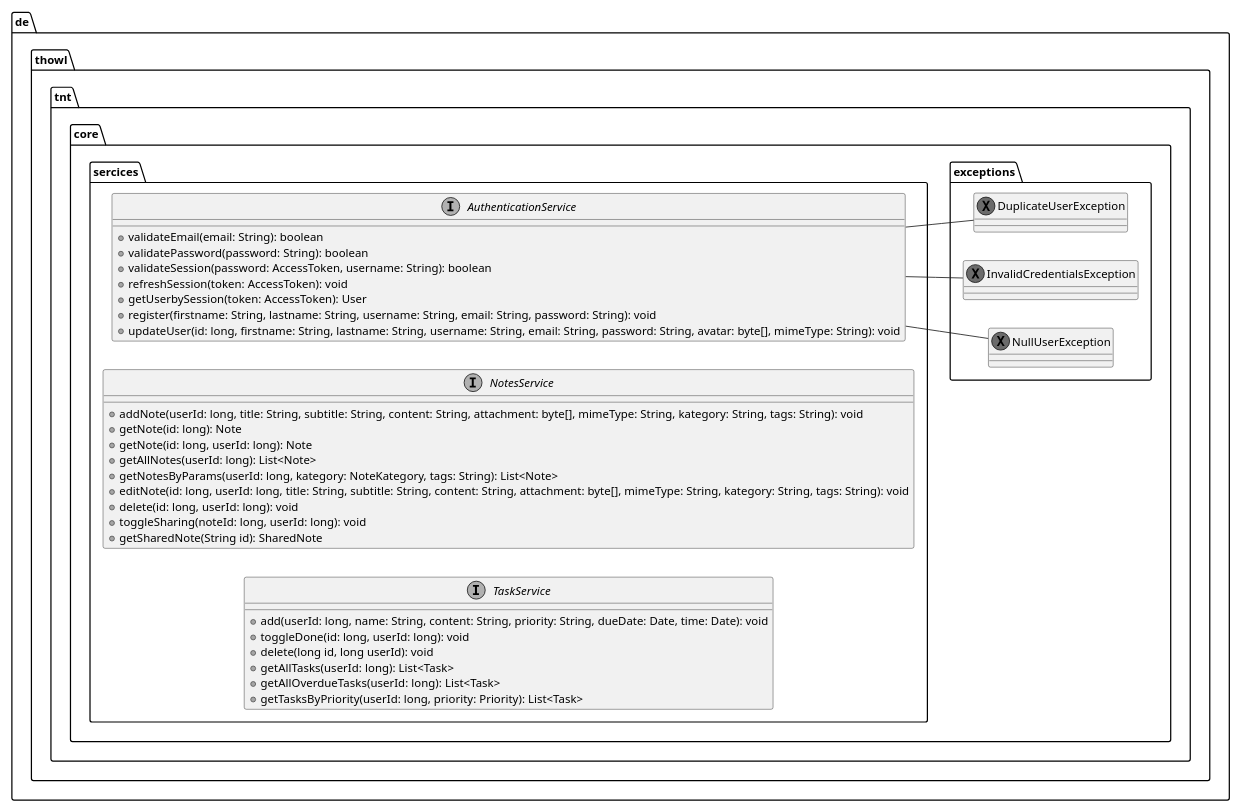
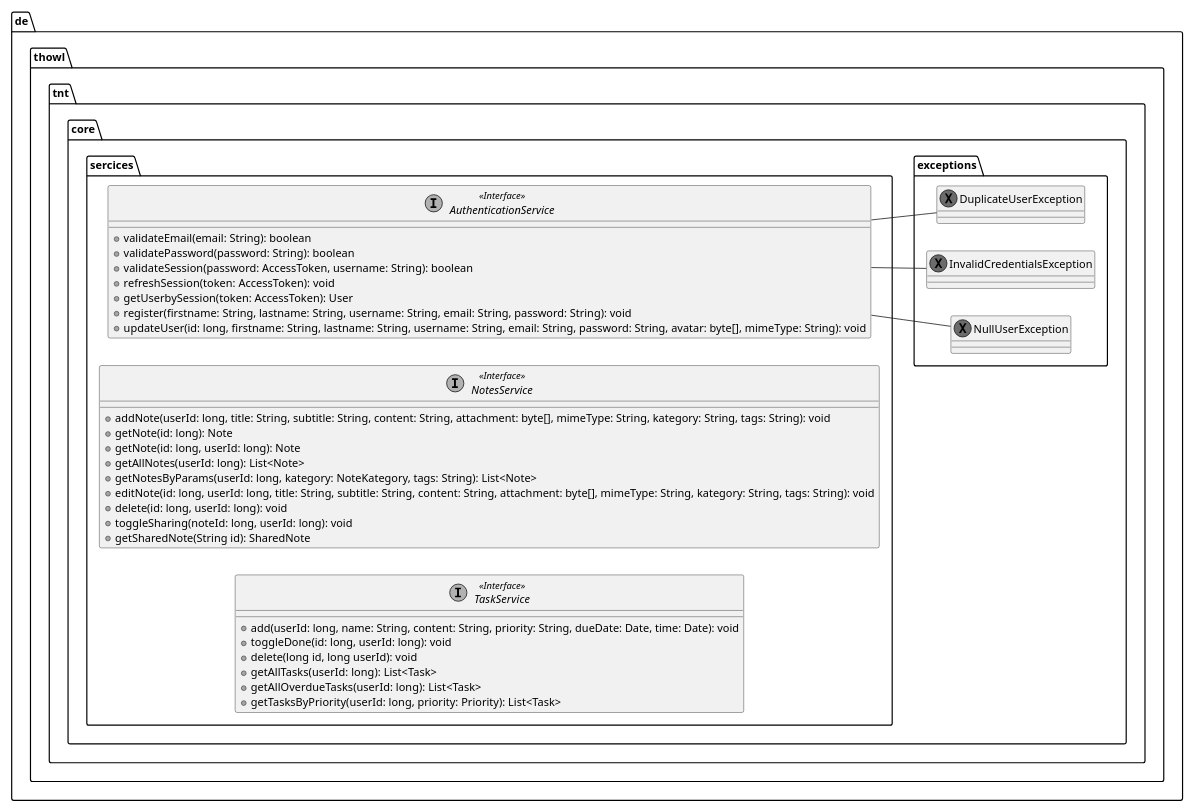
One commit to j0giwa/TnT changed the first of 3 diagrams in doc/uml/tnt.puml. Above: the diagram before and after it, drawn with PlantUML. The commit also changed other lines of this file, not shown here.

```diff
--- a/doc/uml/tnt.puml
+++ b/doc/uml/tnt.puml
@@ -1,55 +1,55 @@
 @startuml tnt-core
 
 skinparam monochrome true
 scale 200 width
 scale 700 height
 
 left to right direction
 
 package de.thowl.tnt.core {
 	package sercices {
-		interface AuthenticationService {
+		interface AuthenticationService <<Interface>> {
 			+ validateEmail(email: String): boolean
 			+ validatePassword(password: String): boolean
 			+ validateSession(password: AccessToken, username: String): boolean
 			+ refreshSession(token: AccessToken): void
 			+ getUserbySession(token: AccessToken): User
 			+ register(firstname: String, lastname: String, username: String, email: String, password: String): void
 			+ updateUser(id: long, firstname: String, lastname: String, username: String, email: String, password: String, avatar: byte[], mimeType: String): void
 		}
 
-		interface NotesService {
+		interface NotesService <<Interface>> {
 			+ addNote(userId: long, title: String, subtitle: String, content: String, attachment: byte[], mimeType: String, kategory: String, tags: String): void
 			+ getNote(id: long): Note
 			+ getNote(id: long, userId: long): Note
 			+ getAllNotes(userId: long): List<Note>
 			+ getNotesByParams(userId: long, kategory: NoteKategory, tags: String): List<Note>
 			+ editNote(id: long, userId: long, title: String, subtitle: String, content: String, attachment: byte[], mimeType: String, kategory: String, tags: String): void
 			+ delete(id: long, userId: long): void
 			+ toggleSharing(noteId: long, userId: long): void
 			+ getSharedNote(String id): SharedNote
 		}
 
-		interface TaskService {
+		interface TaskService <<Interface>> {
 			+ add(userId: long, name: String, content: String, priority: String, dueDate: Date, time: Date): void
 			+ toggleDone(id: long, userId: long): void
 			+ delete(long id, long userId): void
 			+ getAllTasks(userId: long): List<Task>
 			+ getAllOverdueTasks(userId: long): List<Task>
 			+ getTasksByPriority(userId: long, priority: Priority): List<Task>
 		}
 		
 	}
 
 	package exceptions {
 		exception DuplicateUserException
 		exception InvalidCredentialsException
 		exception NullUserException
 	}
 
 	AuthenticationService -- DuplicateUserException
 	AuthenticationService -- InvalidCredentialsException
 	AuthenticationService -- NullUserException
 }
 
 @enduml
```
